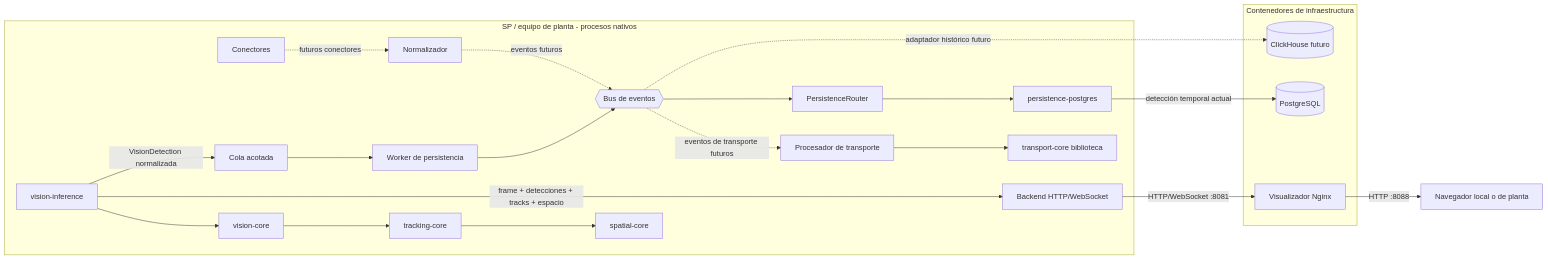
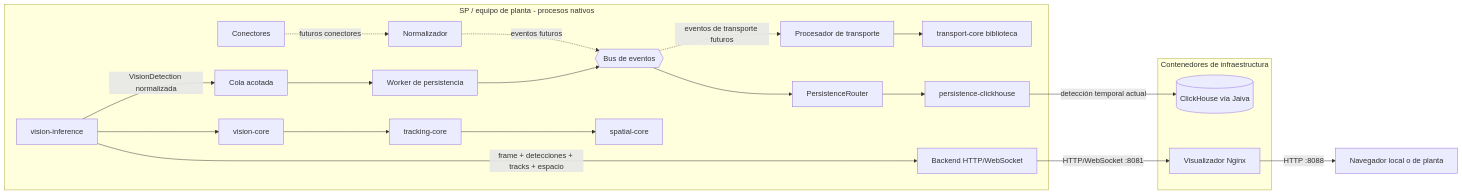
The ninth of 9 diagrams in core/rs/ARCHITECTURE.md (dfr2098/broder), drawn with Mermaid before and after one commit. The commit also changed other lines of this file and 28 other files, not shown here.

First line of the commit message:
Replace PostgreSQL temporal store with ClickHouse via Jaiva.

````diff
--- a/core/rs/ARCHITECTURE.md
+++ b/core/rs/ARCHITECTURE.md
@@ -369,40 +370,38 @@
 ```mermaid
 flowchart LR
     subgraph SP[SP / equipo de planta - procesos nativos]
         CON[Conectores]
         NOR[Normalizador]
         BUS{{Bus de eventos}}
         TP[Procesador de transporte]
         TR[transport-core biblioteca]
         VIS[vision-inference]
         VC[vision-core]
         TC[tracking-core]
         SC[spatial-core]
         WSB[Backend HTTP/WebSocket]
         Q[Cola acotada]
         PW[Worker de persistencia]
         PR[PersistenceRouter]
-        PGA[persistence-postgres]
+        PGA[persistence-clickhouse]
 
         CON -. futuros conectores .-> NOR
         NOR -. eventos futuros .-> BUS
         BUS -. eventos de transporte futuros .-> TP --> TR
         VIS --> VC
         VC --> TC
         TC --> SC
         VIS -->|frame + detecciones + tracks + espacio| WSB
         VIS -->|VisionDetection normalizada| Q --> PW --> BUS
         BUS --> PR --> PGA
     end
 
     subgraph DOCKER[Contenedores de infraestructura]
-        PG[(PostgreSQL)]
+        CH[(ClickHouse vía Jaiva)]
         WEB[Visualizador Nginx]
-        CH[(ClickHouse futuro)]
     end
 
-    PGA -->|detección temporal actual| PG
-    BUS -.->|adaptador histórico futuro| CH
+    PGA -->|detección temporal actual| CH
     WSB -->|HTTP/WebSocket :8081| WEB
     WEB -->|HTTP :8088| BROWSER[Navegador local o de planta]
 ```
````
